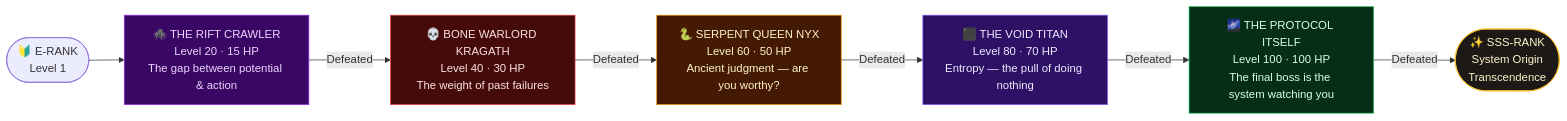
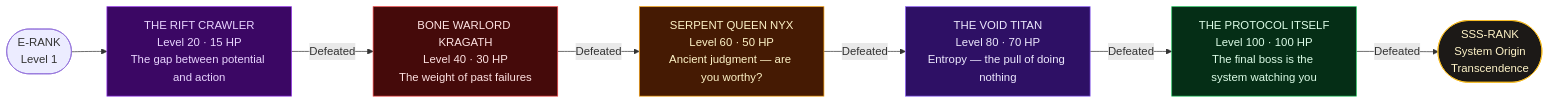
One commit to Jeevan-0508/hakai-protocol-v2 changed the fourth of 5 diagrams in README.md. Above: the diagram before and after it, drawn with Mermaid. The commit also changed other lines of this file, not shown here.

Commit message:
Fix Mermaid syntax errors — escape special chars in all 5 flowcharts

````diff
--- a/README.md
+++ b/README.md
@@ -190,28 +220,41 @@
 ```mermaid
 flowchart LR
-    START([🔰 E-RANK\nLevel 1]) --> B1
+    START(["E-RANK
+Level 1"]) --> B1
 
-    B1["🕷️ THE RIFT CRAWLER\nLevel 20 · 15 HP\nThe gap between potential & action"]
-    B1 -- Defeated --> B2
+    B1["THE RIFT CRAWLER
+Level 20 · 15 HP
+The gap between potential and action"]
+    B1 -->|Defeated| B2
 
-    B2["💀 BONE WARLORD KRAGATH\nLevel 40 · 30 HP\nThe weight of past failures"]
-    B2 -- Defeated --> B3
+    B2["BONE WARLORD KRAGATH
+Level 40 · 30 HP
+The weight of past failures"]
+    B2 -->|Defeated| B3
 
-    B3["🐍 SERPENT QUEEN NYX\nLevel 60 · 50 HP\nAncient judgment — are you worthy?"]
-    B3 -- Defeated --> B4
+    B3["SERPENT QUEEN NYX
+Level 60 · 50 HP
+Ancient judgment — are you worthy?"]
+    B3 -->|Defeated| B4
 
-    B4["⬛ THE VOID TITAN\nLevel 80 · 70 HP\nEntropy — the pull of doing nothing"]
-    B4 -- Defeated --> B5
+    B4["THE VOID TITAN
+Level 80 · 70 HP
+Entropy — the pull of doing nothing"]
+    B4 -->|Defeated| B5
 
-    B5["🌌 THE PROTOCOL ITSELF\nLevel 100 · 100 HP\nThe final boss is the system watching you"]
-    B5 -- Defeated --> END
+    B5["THE PROTOCOL ITSELF
+Level 100 · 100 HP
+The final boss is the system watching you"]
+    B5 -->|Defeated| END
 
-    END(["✨ SSS-RANK\nSystem Origin\nTranscendence"])
+    END(["SSS-RANK
+System Origin
+Transcendence"])
 
     style B1 fill:#3b0764,stroke:#9333ea,color:#e9d5ff
     style B2 fill:#450a0a,stroke:#ef4444,color:#fee2e2
     style B3 fill:#451a03,stroke:#f59e0b,color:#fef3c7
     style B4 fill:#2e1065,stroke:#8b5cf6,color:#ede9fe
     style B5 fill:#052e16,stroke:#22c55e,color:#dcfce7
     style END fill:#1c1917,stroke:#fbbf24,color:#fef3c7
 ```
````
